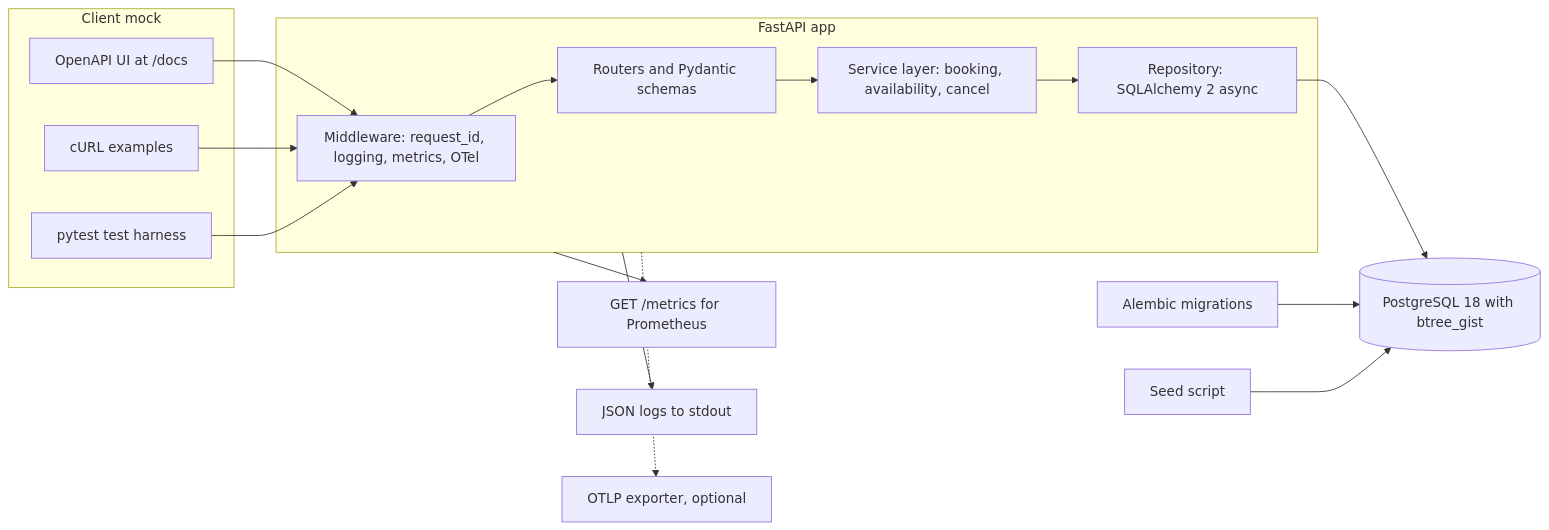
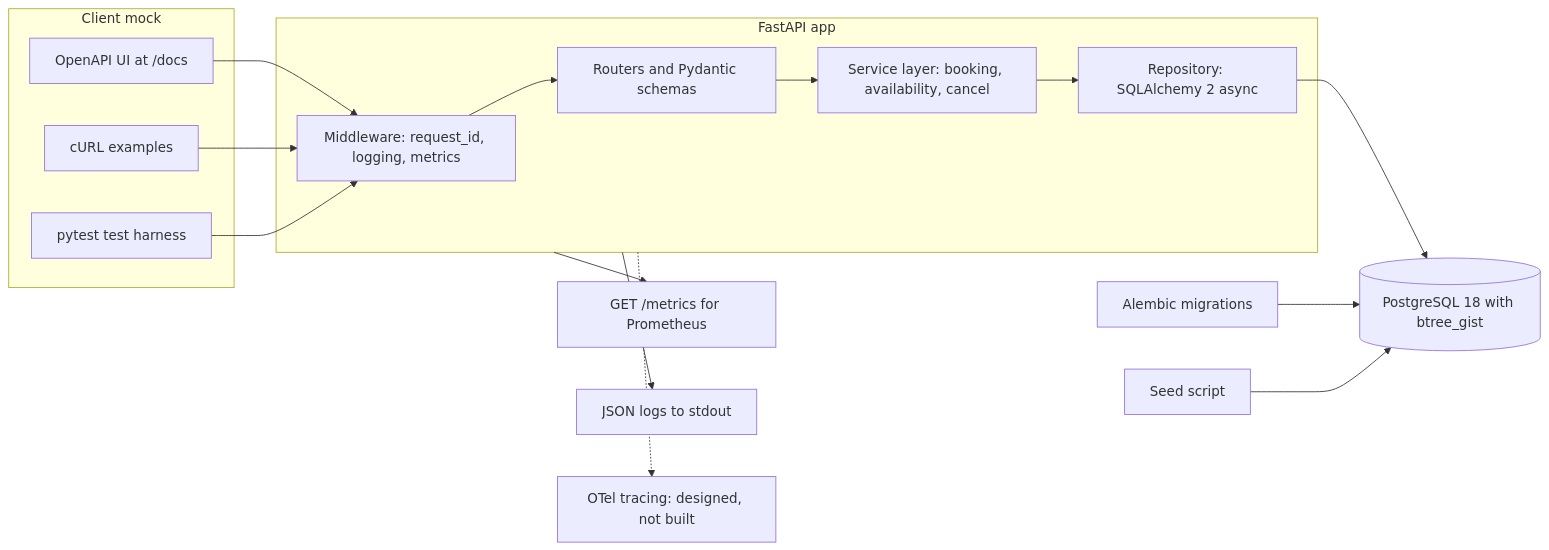
One commit to chezzijr/keyloop-service-scheduler changed the first of 3 diagrams in docs/design.md. Above: the diagram before and after it, drawn with Mermaid. The commit also changed other lines of this file and 1 other file, not shown here.

Commit message:
docs: mark otel tracing as designed, not built

````diff
--- a/docs/design.md
+++ b/docs/design.md
@@ -66,33 +66,33 @@
 ```mermaid
 flowchart LR
     subgraph CLIENT["Client mock"]
         UI["OpenAPI UI at /docs"]
         CURL["cURL examples"]
         HARNESS["pytest test harness"]
     end
 
     subgraph APP["FastAPI app"]
-        MW["Middleware: request_id, logging, metrics, OTel"]
+        MW["Middleware: request_id, logging, metrics"]
         RT["Routers and Pydantic schemas"]
         SV["Service layer: booking, availability, cancel"]
         RP["Repository: SQLAlchemy 2 async"]
         MW --> RT --> SV --> RP
     end
 
     DB[("PostgreSQL 18 with btree_gist")]
     MIG["Alembic migrations"]
     SEED["Seed script"]
     MET["GET /metrics for Prometheus"]
     LOG["JSON logs to stdout"]
-    OTEL["OTLP exporter, optional"]
+    OTEL["OTel tracing: designed, not built"]
 
     UI --> MW
     CURL --> MW
     HARNESS --> MW
     RP --> DB
     MIG --> DB
     SEED --> DB
     APP --> MET
     APP --> LOG
     APP -.-> OTEL
 ```
````
